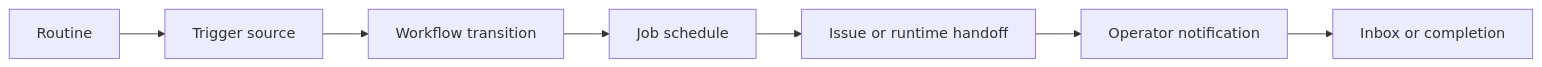
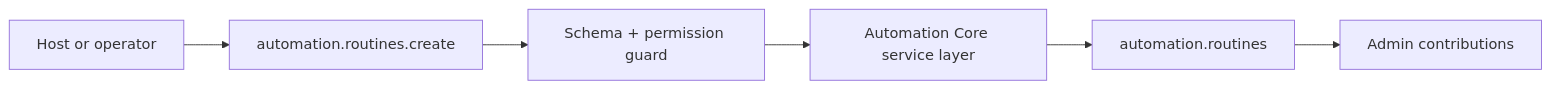
Before and after one commit to gutula/gutu-plugin-automation-core: the diagram in DEVELOPER.md, drawn with Mermaid. The commit also changed other lines of this file and 12 other files, not shown here.

````diff
--- a/DEVELOPER.md
+++ b/DEVELOPER.md
@@ -75,9 +120,8 @@
 ```mermaid
 flowchart LR
-  routine["Routine"] --> trigger["Trigger source"]
-  trigger --> workflow["Workflow transition"]
-  workflow --> job["Job schedule"]
-  job --> issue["Issue or runtime handoff"]
-  issue --> notify["Operator notification"]
-  notify --> inbox["Inbox or completion"]
+  caller["Host or operator"] --> action["automation.routines.create"]
+  action --> validation["Schema + permission guard"]
+  validation --> service["Automation Core service layer"]
+  service --> state["automation.routines"]
+  state --> ui["Admin contributions"]
 ```
````
